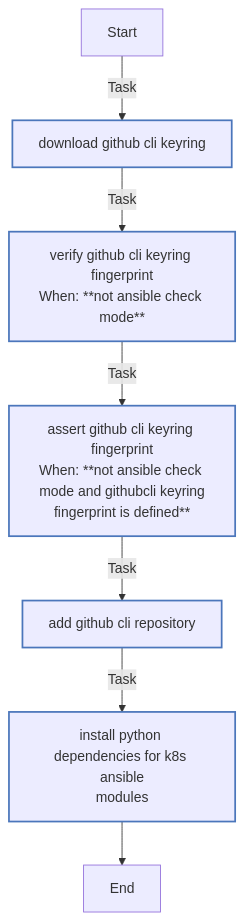
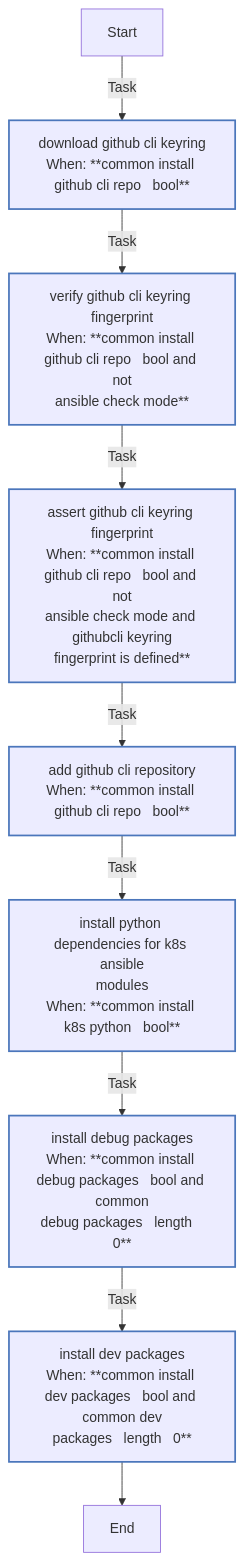
Before and after one commit to rou-cru/k3s-homelab: the second of 9 diagrams in roles/common/README.md, drawn with Mermaid. The commit also changed other lines of this file and 21 other files, not shown here.

````diff
--- a/roles/common/README.md
+++ b/roles/common/README.md
@@ -498,19 +547,21 @@
 ```mermaid
 flowchart TD
 Start
 classDef block stroke:#3498db,stroke-width:2px;
 classDef task stroke:#4b76bb,stroke-width:2px;
 classDef includeTasks stroke:#16a085,stroke-width:2px;
 classDef importTasks stroke:#34495e,stroke-width:2px;
 classDef includeRole stroke:#2980b9,stroke-width:2px;
 classDef importRole stroke:#699ba7,stroke-width:2px;
 classDef includeVars stroke:#8e44ad,stroke-width:2px;
 classDef rescue stroke:#665352,stroke-width:2px;
 
-  Start-->|Task| Download_GitHub_CLI_keyring0[download github cli keyring]:::task
-  Download_GitHub_CLI_keyring0-->|Task| Verify_GitHub_CLI_keyring_fingerprint1[verify github cli keyring fingerprint<br>When: **not ansible check mode**]:::task
-  Verify_GitHub_CLI_keyring_fingerprint1-->|Task| Assert_GitHub_CLI_keyring_fingerprint2[assert github cli keyring fingerprint<br>When: **not ansible check mode and githubcli keyring<br>fingerprint is defined**]:::task
-  Assert_GitHub_CLI_keyring_fingerprint2-->|Task| Add_GitHub_CLI_repository3[add github cli repository]:::task
-  Add_GitHub_CLI_repository3-->|Task| Install_Python_dependencies_for_K8s_Ansible_modules4[install python dependencies for k8s ansible<br>modules]:::task
-  Install_Python_dependencies_for_K8s_Ansible_modules4-->End
+  Start-->|Task| Download_GitHub_CLI_keyring0[download github cli keyring<br>When: **common install github cli repo   bool**]:::task
+  Download_GitHub_CLI_keyring0-->|Task| Verify_GitHub_CLI_keyring_fingerprint1[verify github cli keyring fingerprint<br>When: **common install github cli repo   bool and not<br>ansible check mode**]:::task
+  Verify_GitHub_CLI_keyring_fingerprint1-->|Task| Assert_GitHub_CLI_keyring_fingerprint2[assert github cli keyring fingerprint<br>When: **common install github cli repo   bool and not<br>ansible check mode and githubcli keyring<br>fingerprint is defined**]:::task
+  Assert_GitHub_CLI_keyring_fingerprint2-->|Task| Add_GitHub_CLI_repository3[add github cli repository<br>When: **common install github cli repo   bool**]:::task
+  Add_GitHub_CLI_repository3-->|Task| Install_Python_dependencies_for_K8s_Ansible_modules4[install python dependencies for k8s ansible<br>modules<br>When: **common install k8s python   bool**]:::task
+  Install_Python_dependencies_for_K8s_Ansible_modules4-->|Task| Install_debug_packages5[install debug packages<br>When: **common install debug packages   bool and common<br>debug packages   length   0**]:::task
+  Install_debug_packages5-->|Task| Install_dev_packages6[install dev packages<br>When: **common install dev packages   bool and common dev<br>packages   length   0**]:::task
+  Install_dev_packages6-->End
 ```
````
